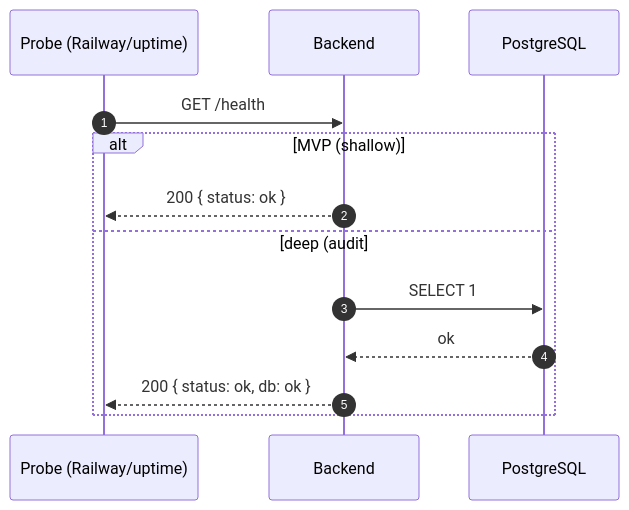
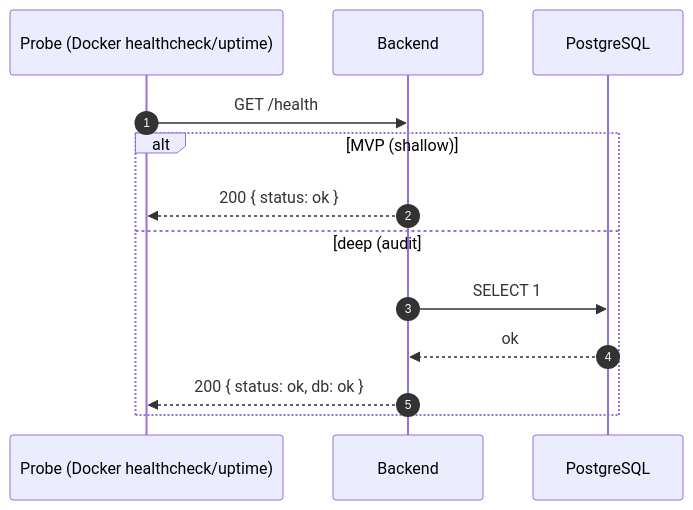
Diagram 21 of 30 in docs/architecture/Sequence-Diagram-Bible.md (ahmadUffi/kreav), drawn with Mermaid before and after one commit. The commit also changed other lines of this file and 23 other files, not shown here.

````diff
--- a/docs/architecture/Sequence-Diagram-Bible.md
+++ b/docs/architecture/Sequence-Diagram-Bible.md
@@ -605,16 +605,16 @@
 ```mermaid
 sequenceDiagram
     autonumber
-    participant 🩺 as Probe (Railway/uptime)
+    participant 🩺 as Probe (Docker healthcheck/uptime)
     participant ⚙️ as Backend
     participant 🗄️ as PostgreSQL
 
     🩺->>⚙️: GET /health
     alt MVP (shallow)
         ⚙️-->>🩺: 200 { status: ok }
     else deep (audit #15 — readiness)
         ⚙️->>🗄️: SELECT 1
         🗄️-->>⚙️: ok
         ⚙️-->>🩺: 200 { status: ok, db: ok }
     end
 ```
````
